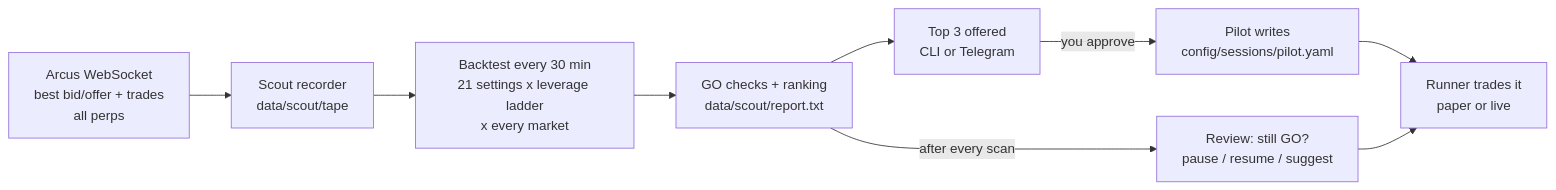
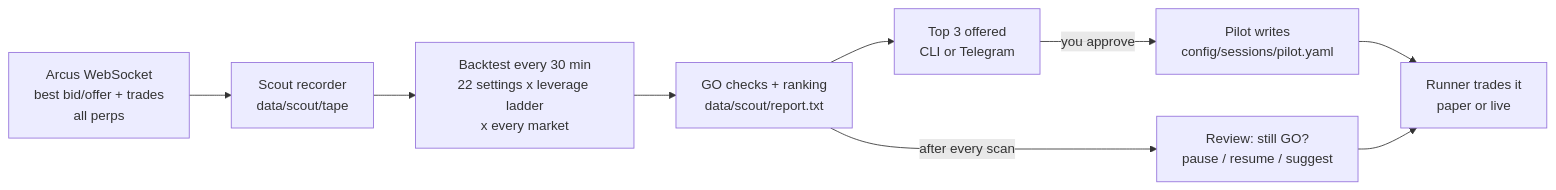
Before and after one commit to dhruvamity/treading-bot: the diagram in README.md, drawn with Mermaid. The commit also changed other lines of this file and 28 other files, not shown here.

````diff
--- a/README.md
+++ b/README.md
@@ -64,11 +64,11 @@
 ```mermaid
 flowchart LR
     A[Arcus WebSocket<br/>best bid/offer + trades<br/>all perps] --> B[Scout recorder<br/>data/scout/tape]
-    B --> C[Backtest every 30 min<br/>21 settings x leverage ladder<br/>x every market]
+    B --> C[Backtest every 30 min<br/>22 settings x leverage ladder<br/>x every market]
     C --> D[GO checks + ranking<br/>data/scout/report.txt]
     D --> E[Top 3 offered<br/>CLI or Telegram]
     E -->|you approve| F[Pilot writes<br/>config/sessions/pilot.yaml]
     F --> G[Runner trades it<br/>paper or live]
     D -->|after every scan| H[Review: still GO?<br/>pause / resume / suggest]
     H --> G
 ```
````
